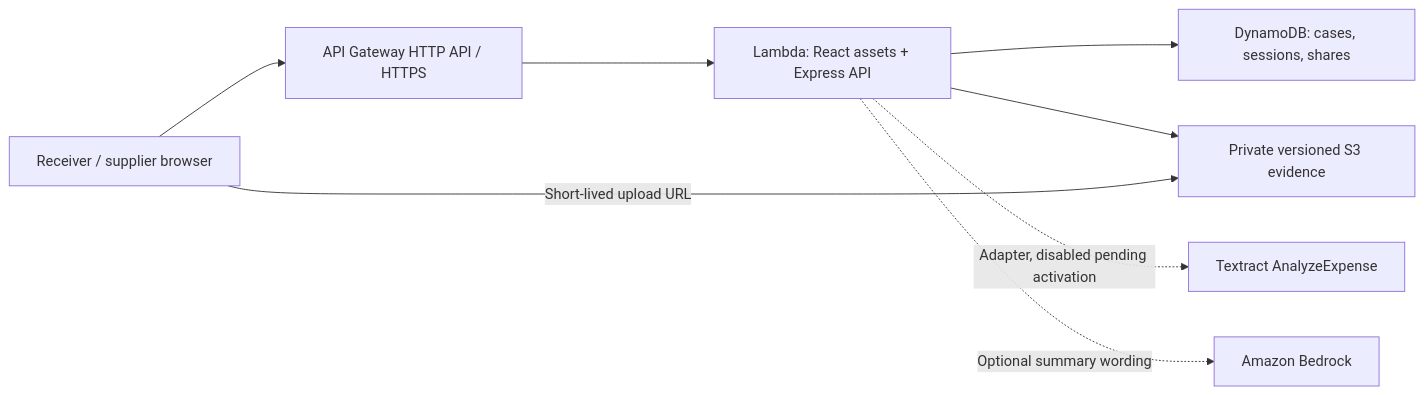
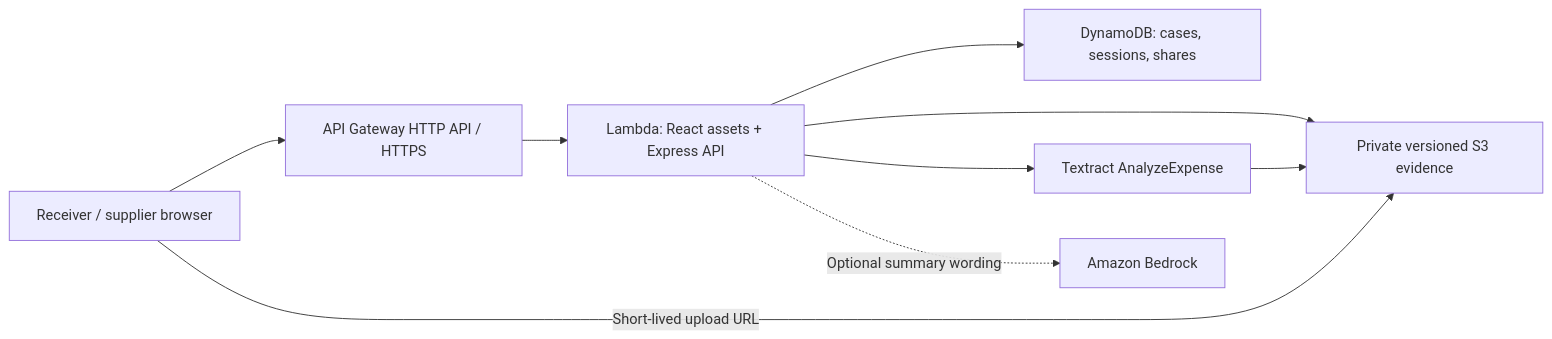
Before and after one commit to Induj1/receiverright: the diagram in README.md, drawn with Mermaid. The commit also changed other lines of this file and 8 other files, not shown here.

````diff
--- a/README.md
+++ b/README.md
@@ -85,10 +85,11 @@
 ```mermaid
 flowchart LR
   B[Receiver / supplier browser] --> API[API Gateway HTTP API / HTTPS]
   API --> L[Lambda: React assets + Express API]
   L --> DB[DynamoDB: cases, sessions, shares]
   L --> S3[Private versioned S3 evidence]
   B -->|Short-lived upload URL| S3
-  L -. Adapter, disabled pending activation .-> TX[Textract AnalyzeExpense]
+  L --> TX[Textract AnalyzeExpense]
+  TX --> S3
   L -. Optional summary wording .-> BR[Amazon Bedrock]
 ```
````
